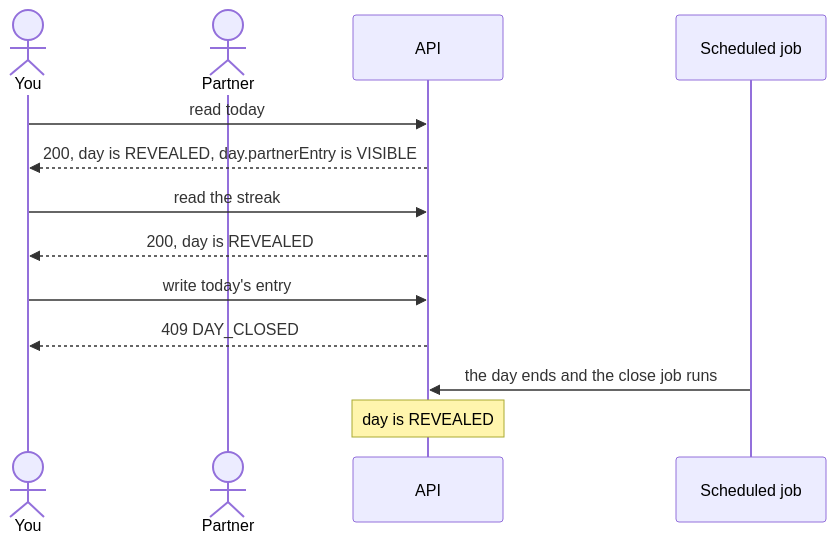
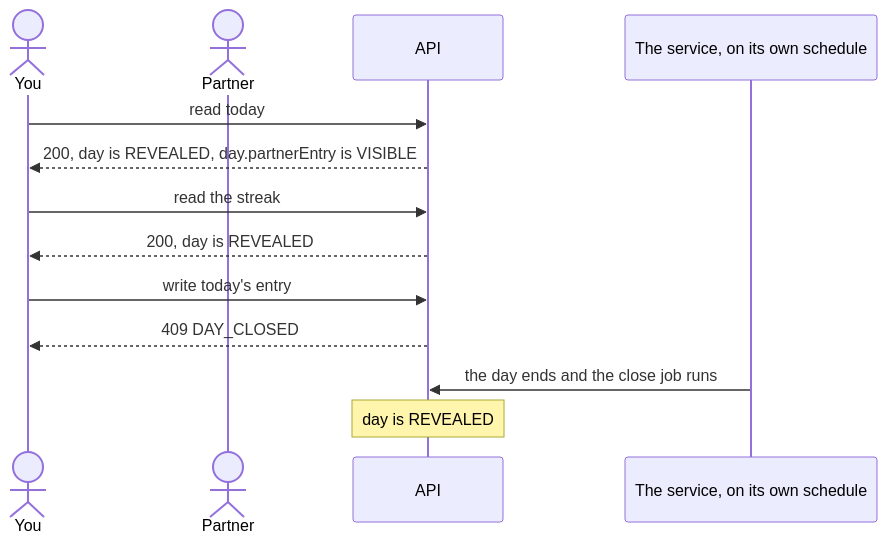
The fourth of 5 diagrams in docs/state-map/journeys.md (Ayodeji97/moyi-backend), drawn with Mermaid before and after one commit. The commit also changed other lines of this file and 5 other files, not shown here.

Commit message:
feat(state-map): a diagram per region, a You can table, and partners' acts as theirs

````diff
--- a/docs/state-map/journeys.md
+++ b/docs/state-map/journeys.md
@@ -143,15 +143,15 @@
 ```mermaid
 sequenceDiagram
     actor You
     actor Partner
     participant API
-    participant Job as Scheduled job
+    participant Job as The service, on its own schedule
     You->>API: read today
     API-->>You: 200, day is REVEALED, day.partnerEntry is VISIBLE
     You->>API: read the streak
     API-->>You: 200, day is REVEALED
     You->>API: write today's entry
     API-->>You: 409 DAY_CLOSED
     Job->>API: the day ends and the close job runs
     Note over API: day is REVEALED
 ```
````
